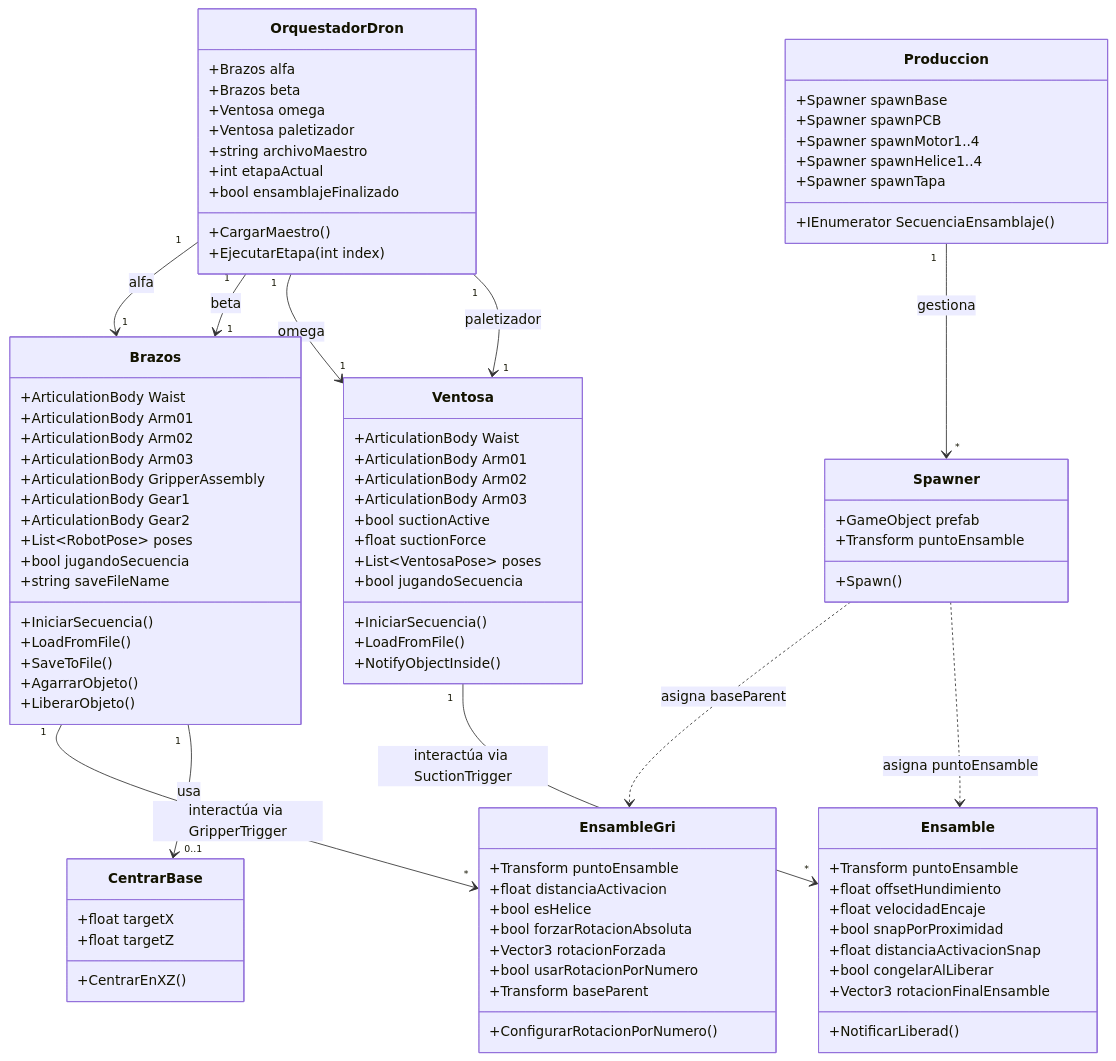
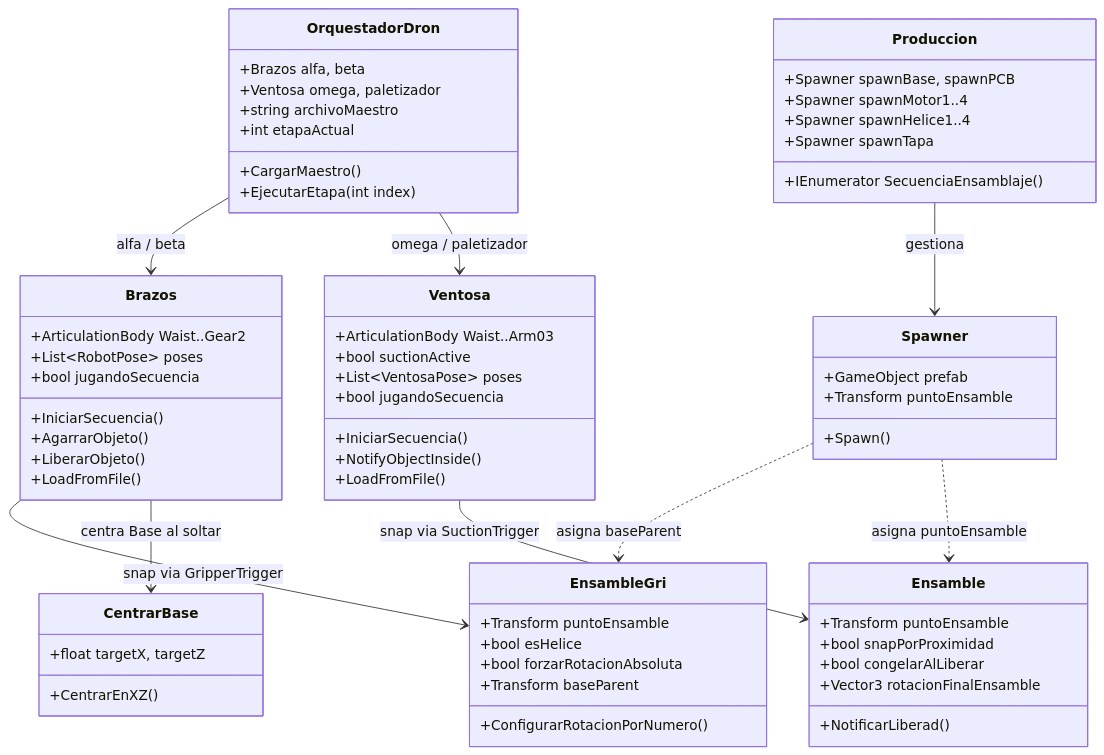
One commit to jorgefajardom-coder/drone-packaging-simulation-unity changed the sixth of 6 diagrams in README.md. Above: the diagram before and after it, drawn with Mermaid. The commit also changed other lines of this file, not shown here.

````diff
--- a/README.md
+++ b/README.md
@@ -1261,100 +1128,77 @@
 ```mermaid
 classDiagram
+    direction TB
+
     class OrquestadorDron {
-        +Brazos alfa
-        +Brazos beta
-        +Ventosa omega
-        +Ventosa paletizador
+        +Brazos alfa, beta
+        +Ventosa omega, paletizador
         +string archivoMaestro
         +int etapaActual
-        +bool ensamblajeFinalizado
         +CargarMaestro()
         +EjecutarEtapa(int index)
     }
-    
+
     class Brazos {
-        +ArticulationBody Waist
-        +ArticulationBody Arm01
-        +ArticulationBody Arm02
-        +ArticulationBody Arm03
-        +ArticulationBody GripperAssembly
-        +ArticulationBody Gear1
-        +ArticulationBody Gear2
+        +ArticulationBody Waist..Gear2
         +List~RobotPose~ poses
         +bool jugandoSecuencia
-        +string saveFileName
         +IniciarSecuencia()
-        +LoadFromFile()
-        +SaveToFile()
         +AgarrarObjeto()
         +LiberarObjeto()
+        +LoadFromFile()
     }
-    
+
     class Ventosa {
-        +ArticulationBody Waist
-        +ArticulationBody Arm01
-        +ArticulationBody Arm02
-        +ArticulationBody Arm03
+        +ArticulationBody Waist..Arm03
         +bool suctionActive
-        +float suctionForce
         +List~VentosaPose~ poses
         +bool jugandoSecuencia
         +IniciarSecuencia()
+        +NotifyObjectInside()
         +LoadFromFile()
-        +NotifyObjectInside()
     }
-    
+
+    class EnsambleGri {
+        +Transform puntoEnsamble
+        +bool esHelice
+        +bool forzarRotacionAbsoluta
+        +Transform baseParent
+        +ConfigurarRotacionPorNumero()
+    }
+
     class Ensamble {
         +Transform puntoEnsamble
-        +float offsetHundimiento
-        +float velocidadEncaje
         +bool snapPorProximidad
-        +float distanciaActivacionSnap
         +bool congelarAlLiberar
         +Vector3 rotacionFinalEnsamble
         +NotificarLiberad()
     }
-    
-    class EnsambleGri {
-        +Transform puntoEnsamble
-        +float distanciaActivacion
-        +bool esHelice
-        +bool forzarRotacionAbsoluta
-        +Vector3 rotacionForzada
-        +bool usarRotacionPorNumero
-        +Transform baseParent
-        +ConfigurarRotacionPorNumero()
+
+    class Produccion {
+        +Spawner spawnBase, spawnPCB
+        +Spawner spawnMotor1..4
+        +Spawner spawnHelice1..4
+        +Spawner spawnTapa
+        +IEnumerator SecuenciaEnsamblaje()
     }
-    
+
     class Spawner {
         +GameObject prefab
         +Transform puntoEnsamble
         +Spawn()
     }
-    
-    class Produccion {
-        +Spawner spawnBase
-        +Spawner spawnPCB
-        +Spawner spawnMotor1..4
-        +Spawner spawnHelice1..4
-        +Spawner spawnTapa
-        +IEnumerator SecuenciaEnsamblaje()
-    }
-    
+
     class CentrarBase {
-        +float targetX
-        +float targetZ
+        +float targetX, targetZ
         +CentrarEnXZ()
     }
-    
-    OrquestadorDron "1" --> "1" Brazos : alfa
-    OrquestadorDron "1" --> "1" Brazos : beta
-    OrquestadorDron "1" --> "1" Ventosa : omega
-    OrquestadorDron "1" --> "1" Ventosa : paletizador
-    Brazos "1" --> "*" EnsambleGri : interactúa via GripperTrigger
-    Ventosa "1" --> "*" Ensamble : interactúa via SuctionTrigger
-    Brazos "1" --> "0..1" CentrarBase : usa
-    Produccion "1" --> "*" Spawner : gestiona
+
+    OrquestadorDron --> Brazos : alfa / beta
+    OrquestadorDron --> Ventosa : omega / paletizador
+    Brazos --> EnsambleGri : snap via GripperTrigger
+    Ventosa --> Ensamble : snap via SuctionTrigger
+    Brazos --> CentrarBase : centra Base al soltar
+    Produccion --> Spawner : gestiona
     Spawner ..> EnsambleGri : asigna baseParent
     Spawner ..> Ensamble : asigna puntoEnsamble
 ```
````
